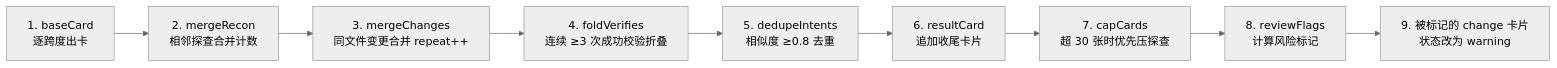
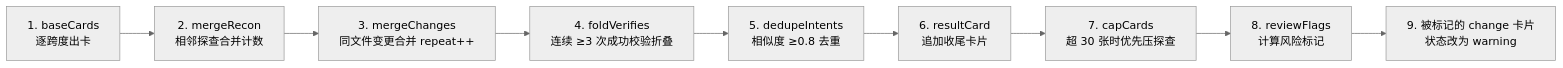
One commit to KeXingJian/deepseek-harness changed the third of 10 diagrams in review-workflow.md. Above: the diagram before and after it, drawn with Mermaid (neutral theme). The commit also changed other lines of this file and 31 other files, not shown here.

Commit message:
修复复合卡片不显示问题&添加diff视图

````diff
--- a/review-workflow.md
+++ b/review-workflow.md
@@ -72,11 +75,11 @@
 ```mermaid
 flowchart LR
-    A["1. baseCard<br/>逐跨度出卡"] --> B["2. mergeRecon<br/>相邻探查合并计数"]
+    A["1. baseCards<br/>逐跨度出卡"] --> B["2. mergeRecon<br/>相邻探查合并计数"]
     B --> C["3. mergeChanges<br/>同文件变更合并 repeat++"]
     C --> D["4. foldVerifies<br/>连续 ≥3 次成功校验折叠"]
     D --> E["5. dedupeIntents<br/>相似度 ≥0.8 去重"]
     E --> F["6. resultCard<br/>追加收尾卡片"]
     F --> G["7. capCards<br/>超 30 张时优先压探查"]
     G --> H["8. reviewFlags<br/>计算风险标记"]
     H --> I["9. 被标记的 change 卡片<br/>状态改为 warning"]
 ```
````
